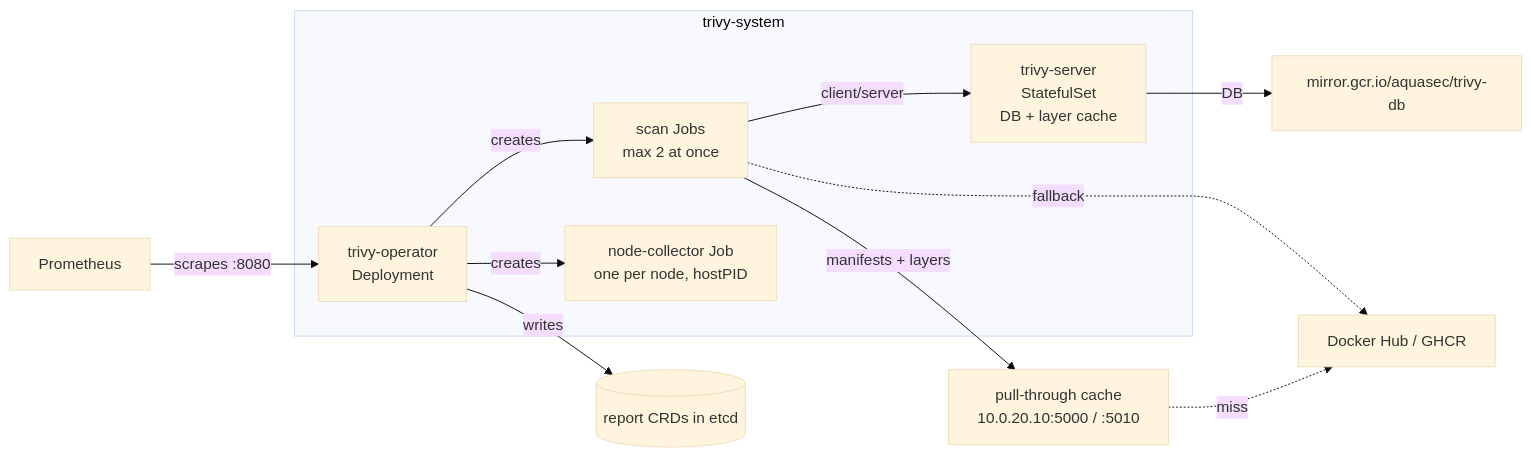
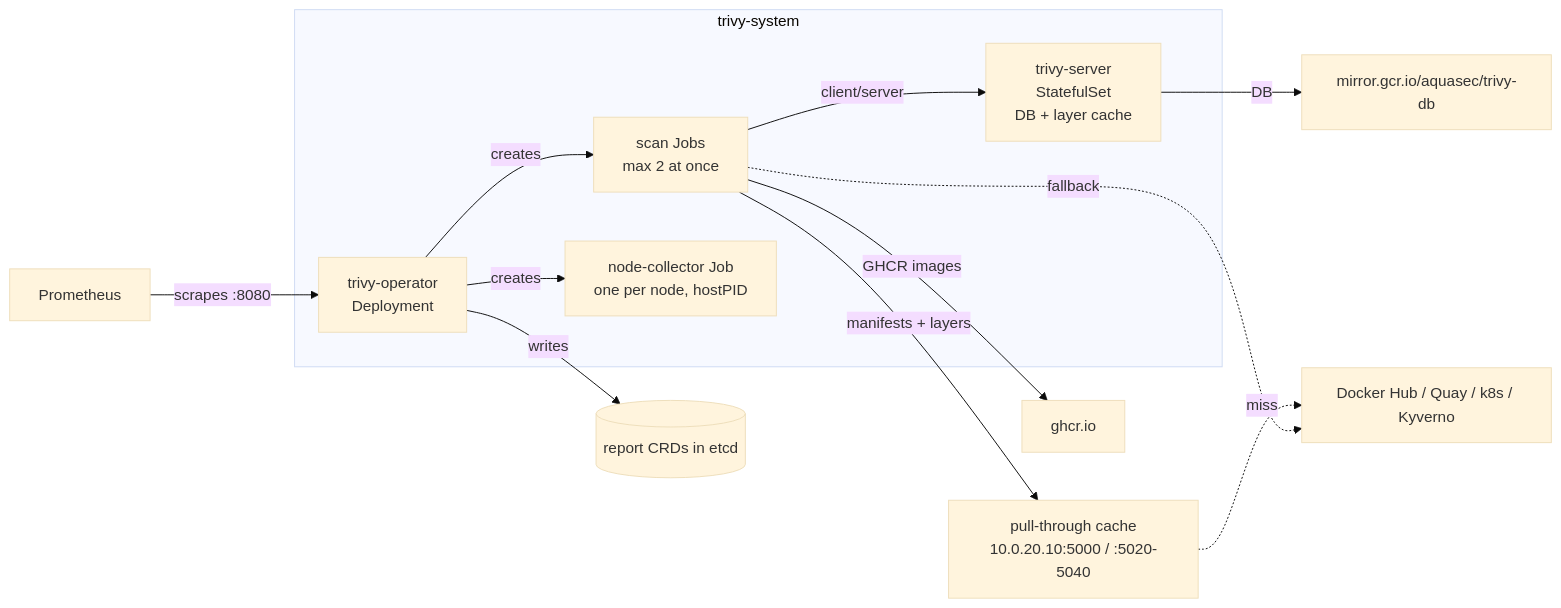
Before and after one commit to ViktorBarzin/infra: the diagram in docs/architecture/trivy.md, drawn with Mermaid (base theme). The commit also changed other lines of this file and 1 other file, not shown here.

Commit message:
trivy-operator: scan GHCR images directly, keep trivy-server from preemption
The first Trivy scan wrote about 42 GB into the registry cache VM and
filled its 61 GB disk; GHCR images were about 20 GB of that. Space on the
VM is being freed by expiring the GHCR blobs cached today, and the
existing reports expire tomorrow morning, when every image is rescanned.
Without this change that rescan would pull the same GHCR layers back into
the cache. GHCR has no anonymous pull limit like Docker Hub's, so scans
now read it directly; Docker Hub, Quay, registry.k8s.io and Kyverno stay
mirrored.

trivy-server's layer cache is what stops rescans from pulling layers at
all, and it lives in an emptyDir. The scheduler preempted the server at
14:11 today because the namespace runs at tier-4-aux. It now runs at
tier-3-edge. This restarts trivy-server once; its cache only held the two
hours since the preemption.

````diff
--- a/docs/architecture/trivy.md
+++ b/docs/architecture/trivy.md
@@ -7,18 +7,19 @@
 ```mermaid
 flowchart LR
   subgraph trivy-system
     OP[trivy-operator<br/>Deployment]
     SRV[trivy-server<br/>StatefulSet<br/>DB + layer cache]
     JOB[scan Jobs<br/>max 2 at once]
     NC[node-collector Job<br/>one per node, hostPID]
   end
   OP -- creates --> JOB
   OP -- creates --> NC
   JOB -- client/server --> SRV
-  JOB -- manifests + layers --> CACHE[pull-through cache<br/>10.0.20.10:5000 / :5010]
-  CACHE -. miss .-> UP[Docker Hub / GHCR]
+  JOB -- manifests + layers --> CACHE[pull-through cache<br/>10.0.20.10:5000 / :5020-5040]
+  CACHE -. miss .-> UP[Docker Hub / Quay / k8s / Kyverno]
+  JOB -- GHCR images --> GH[ghcr.io]
   JOB -. fallback .-> UP
   SRV -- DB --> MG[mirror.gcr.io/aquasec/trivy-db]
   OP -- writes --> CRD[(report CRDs in etcd)]
   PROM[Prometheus] -- scrapes :8080 --> OP
 ```
````
